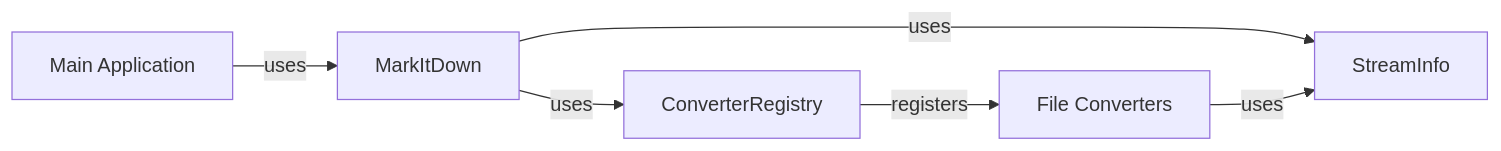
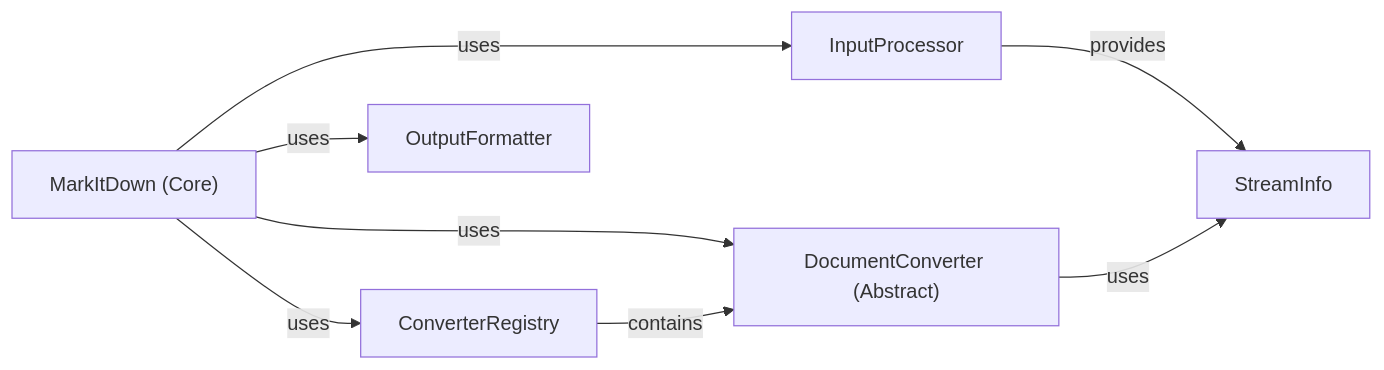
The diagram in markitdown/on_boarding.md (CodeBoarding/GeneratedOnBoardings), drawn with Mermaid before and after one commit. The commit also changed other lines of this file and 3 other files, not shown here.

````diff
--- a/markitdown/on_boarding.md
+++ b/markitdown/on_boarding.md
@@ -1,14 +1,17 @@
 ```mermaid
 graph LR
-    Main_Application["Main Application"]
-    MarkItDown["MarkItDown"]
+    MarkItDown_Core_["MarkItDown (Core)"]
     ConverterRegistry["ConverterRegistry"]
-    StreamInfo["StreamInfo"]
-    File_Converters["File Converters"]
-    Main_Application -- "uses" --> MarkItDown
-    MarkItDown -- "uses" --> ConverterRegistry
-    MarkItDown -- "uses" --> StreamInfo
-    ConverterRegistry -- "registers" --> File_Converters
-    File_Converters -- "uses" --> StreamInfo
-    click MarkItDown href "https://github.com/CodeBoarding/GeneratedOnBoardings/blob/main//markitdown/MarkItDown.md" "Details"
+    DocumentConverter_Abstract_["DocumentConverter (Abstract)"]
+    InputProcessor["InputProcessor"]
+    OutputFormatter["OutputFormatter"]
+    MarkItDown_Core_ -- "uses" --> ConverterRegistry
+    MarkItDown_Core_ -- "uses" --> InputProcessor
+    MarkItDown_Core_ -- "uses" --> DocumentConverter_Abstract_
+    MarkItDown_Core_ -- "uses" --> OutputFormatter
+    ConverterRegistry -- "contains" --> DocumentConverter_Abstract_
+    InputProcessor -- "provides" --> StreamInfo
+    DocumentConverter_Abstract_ -- "uses" --> StreamInfo
+    click MarkItDown_Core_ href "https://github.com/CodeBoarding/GeneratedOnBoardings/blob/main//markitdown/MarkItDown_Core_.md" "Details"
+    click DocumentConverter_Abstract_ href "https://github.com/CodeBoarding/GeneratedOnBoardings/blob/main//markitdown/DocumentConverter_Abstract_.md" "Details"
 ```
````
